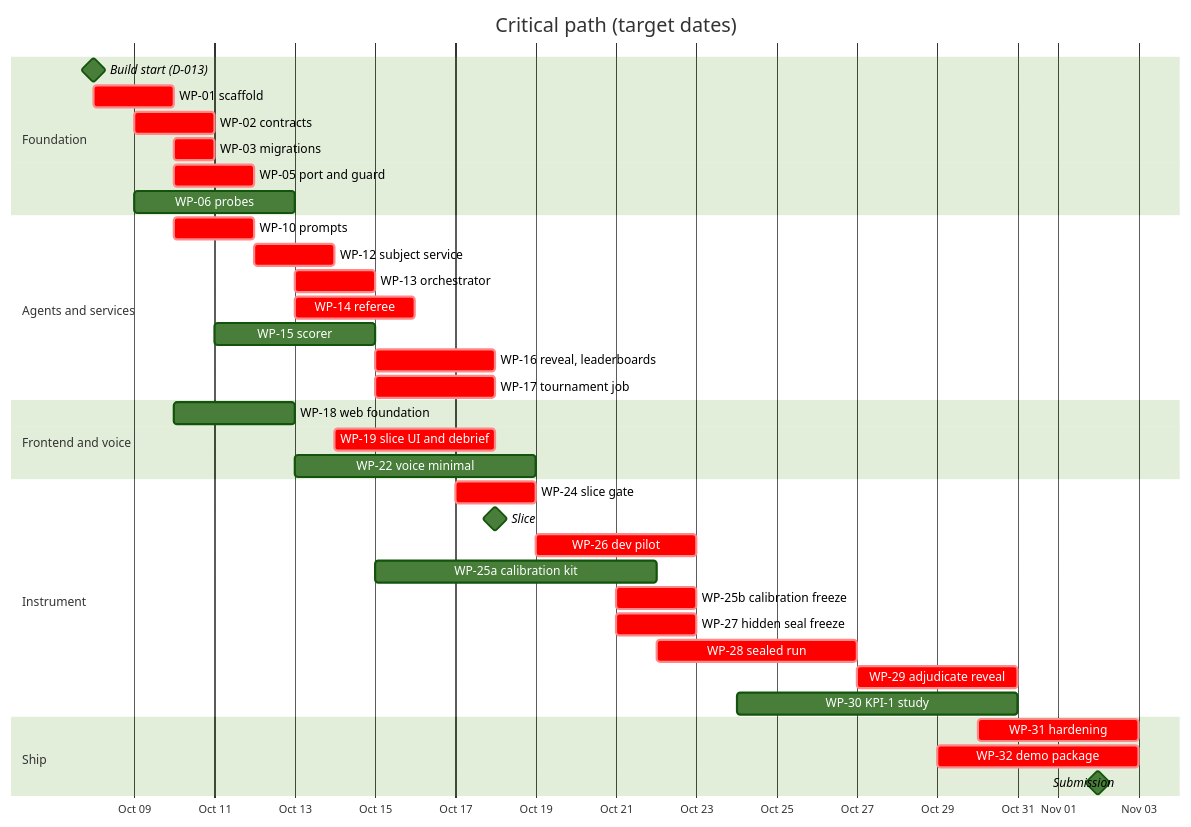
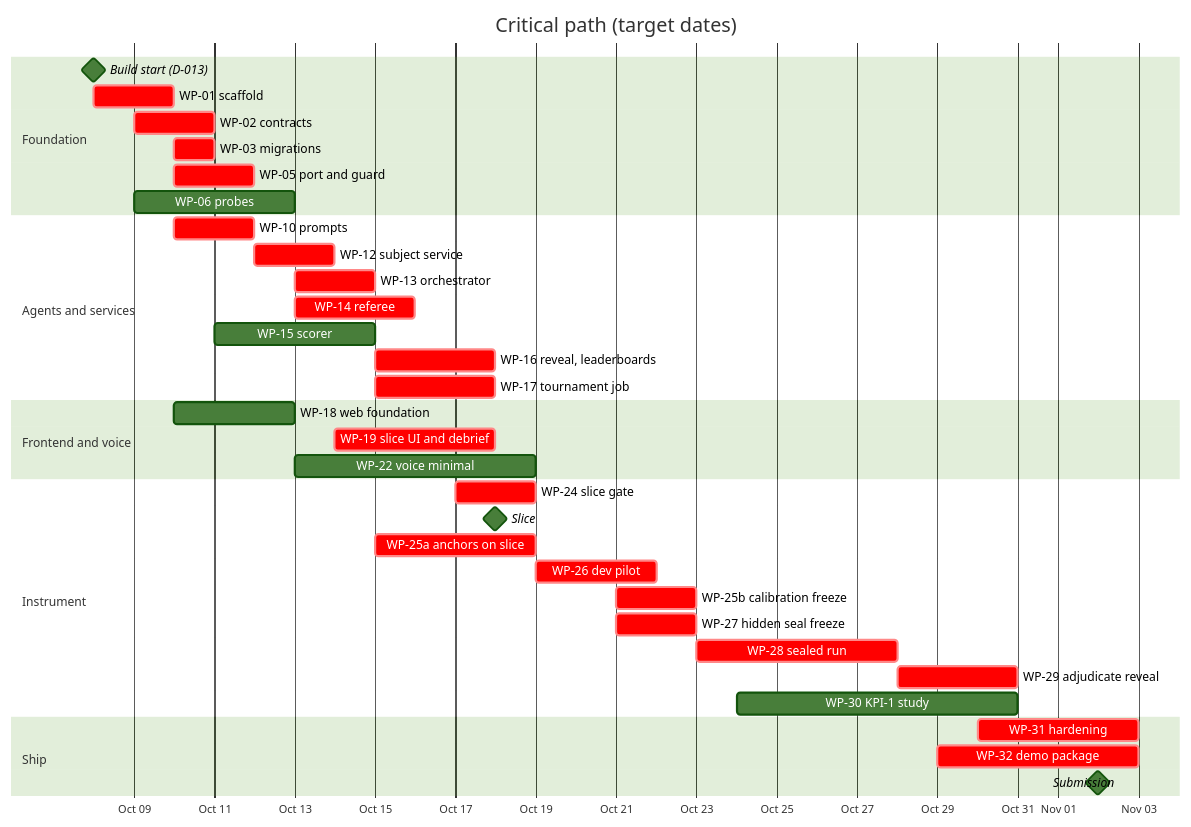
Before and after one commit to bbsatvik01/unissant_agentic_training_arena: the second of 2 diagrams in docs/spec/S8-build-plan.md, drawn with Mermaid (forest theme). The commit also changed other lines of this file and 19 other files, not shown here.

````diff
--- a/docs/spec/S8-build-plan.md
+++ b/docs/spec/S8-build-plan.md
@@ -456,39 +456,39 @@
 ```mermaid
 gantt
   title Critical path (target dates)
   dateFormat YYYY-MM-DD
   axisFormat %b %d
   section Foundation
   Build start (D-013)        :milestone, d013, 2026-10-08, 0d
   WP-01 scaffold             :crit, w01, 2026-10-08, 2d
   WP-02 contracts            :crit, w02, 2026-10-09, 2d
   WP-03 migrations           :crit, w03, 2026-10-10, 1d
   WP-05 port and guard       :crit, w05, 2026-10-10, 2d
   WP-06 probes               :w06, 2026-10-09, 4d
   section Agents and services
   WP-10 prompts              :crit, w10, 2026-10-10, 2d
   WP-12 subject service      :crit, w12, 2026-10-12, 2d
   WP-13 orchestrator         :crit, w13, 2026-10-13, 2d
   WP-14 referee              :crit, w14, 2026-10-13, 3d
   WP-15 scorer               :w15, 2026-10-11, 4d
   WP-16 reveal, leaderboards :crit, w16, 2026-10-15, 3d
   WP-17 tournament job       :crit, w17, 2026-10-15, 3d
   section Frontend and voice
   WP-18 web foundation       :w18, 2026-10-10, 3d
   WP-19 slice UI and debrief :crit, w19, 2026-10-14, 4d
   WP-22 voice minimal        :w22, 2026-10-13, 6d
   section Instrument
   WP-24 slice gate           :crit, w24, 2026-10-17, 2d
   Slice                      :milestone, s, 2026-10-18, 0d
-  WP-26 dev pilot            :crit, w26, 2026-10-19, 4d
-  WP-25a calibration kit     :w25a, 2026-10-15, 7d
+  WP-25a anchors on slice    :crit, w25a, 2026-10-15, 4d
+  WP-26 dev pilot            :crit, w26, 2026-10-19, 3d
   WP-25b calibration freeze  :crit, w25b, 2026-10-21, 2d
   WP-27 hidden seal freeze   :crit, w27, 2026-10-21, 2d
-  WP-28 sealed run           :crit, w28, 2026-10-22, 5d
-  WP-29 adjudicate reveal    :crit, w29, 2026-10-27, 4d
+  WP-28 sealed run           :crit, w28, 2026-10-23, 5d
+  WP-29 adjudicate reveal    :crit, w29, 2026-10-28, 3d
   WP-30 KPI-1 study          :w30, 2026-10-24, 7d
   section Ship
   WP-31 hardening            :crit, w31, 2026-10-30, 4d
   WP-32 demo package         :crit, w32, 2026-10-29, 5d
   Submission                 :milestone, sub, 2026-11-02, 0d
 ```
````
